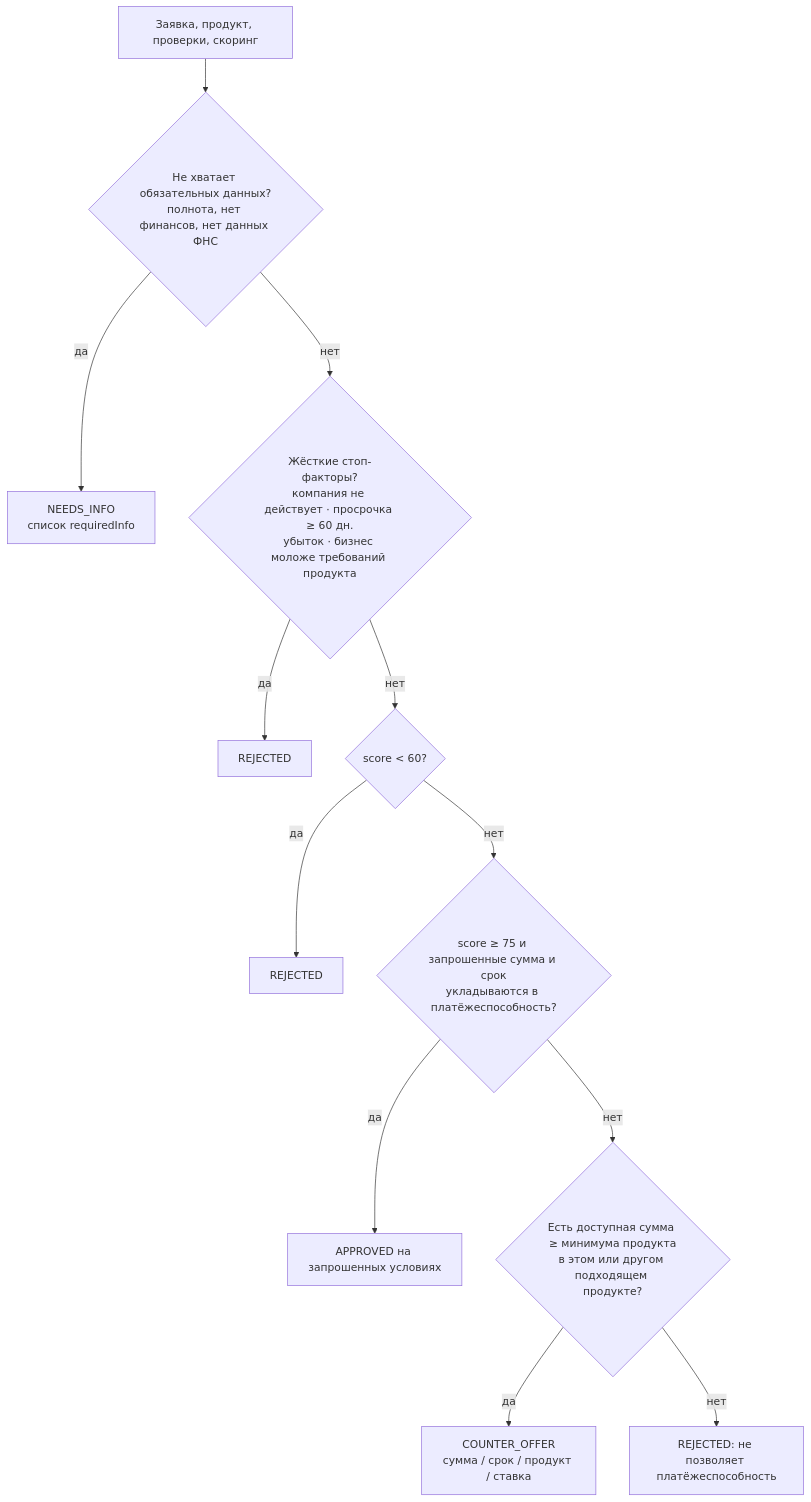
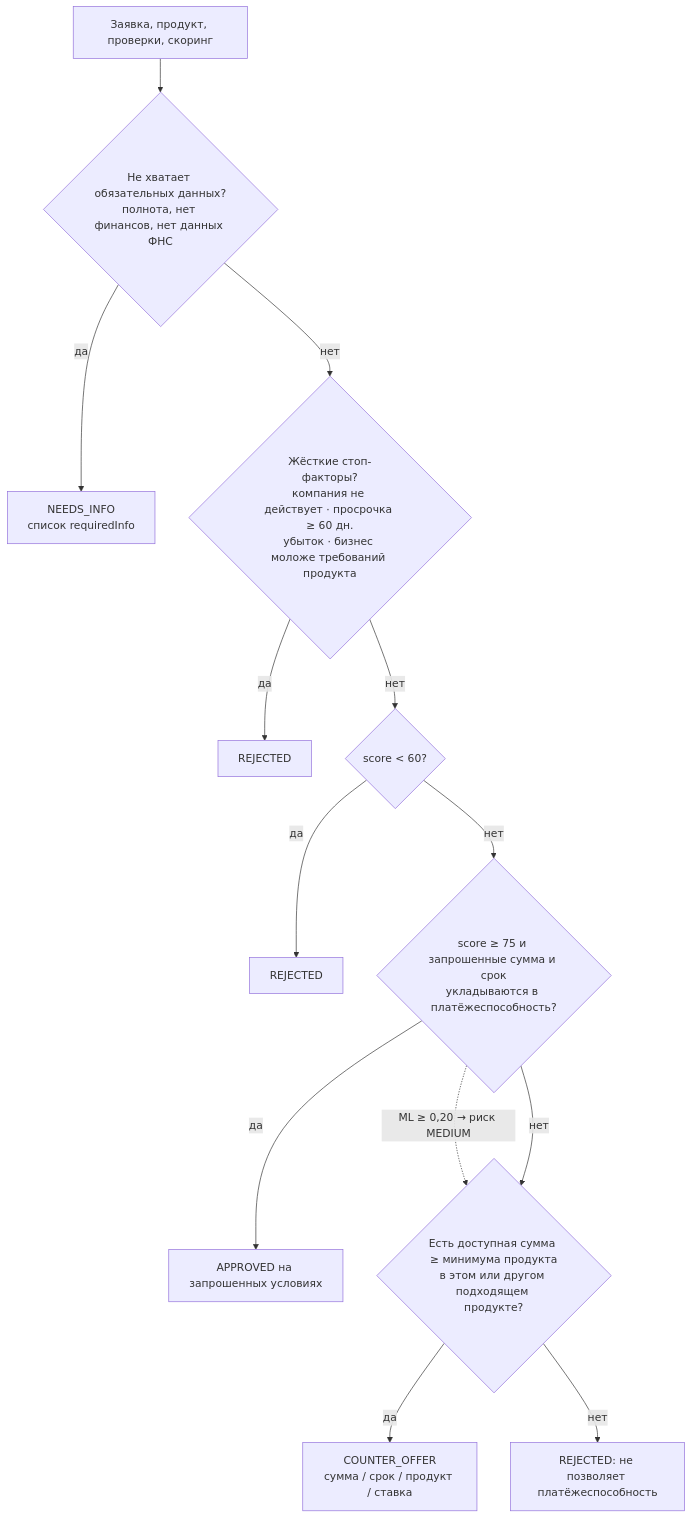
The diagram in docs/scoring-and-decision.md (Deniskish/ALPHA_HACKATHON), drawn with Mermaid before and after one commit. The commit also changed other lines of this file and 104 other files, not shown here.

````diff
--- a/docs/scoring-and-decision.md
+++ b/docs/scoring-and-decision.md
@@ -46,14 +52,15 @@
 ```mermaid
 flowchart TD
   A[Заявка, продукт, проверки, скоринг] --> B{Не хватает обязательных данных?<br/>полнота, нет финансов, нет данных ФНС}
   B -- да --> NI[NEEDS_INFO<br/>список requiredInfo]
   B -- нет --> C{Жёсткие стоп-факторы?<br/>компания не действует · просрочка ≥ 60 дн.<br/>убыток · бизнес моложе требований продукта}
   C -- да --> R1[REJECTED]
   C -- нет --> D{score < 60?}
   D -- да --> R2[REJECTED]
   D -- нет --> E{score ≥ 75 и запрошенные сумма и срок<br/>укладываются в платёжеспособность?}
   E -- да --> AP[APPROVED на запрошенных условиях]
+  E -. "ML ≥ 0,20 → риск MEDIUM" .-> F
   E -- нет --> F{Есть доступная сумма ≥ минимума продукта<br/>в этом или другом подходящем продукте?}
   F -- да --> CO[COUNTER_OFFER<br/>сумма / срок / продукт / ставка]
   F -- нет --> R3[REJECTED: не позволяет платёжеспособность]
 ```
````
